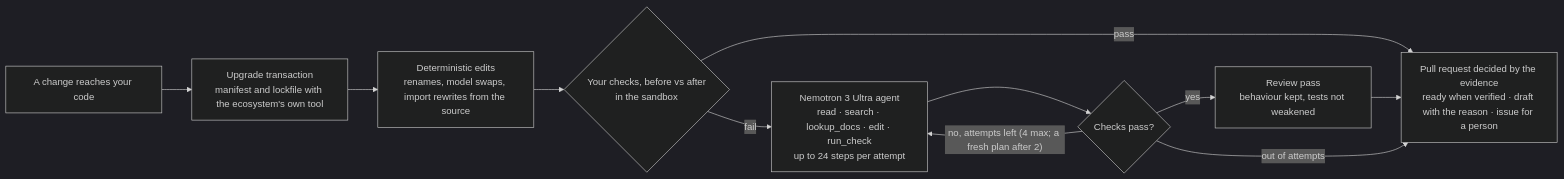
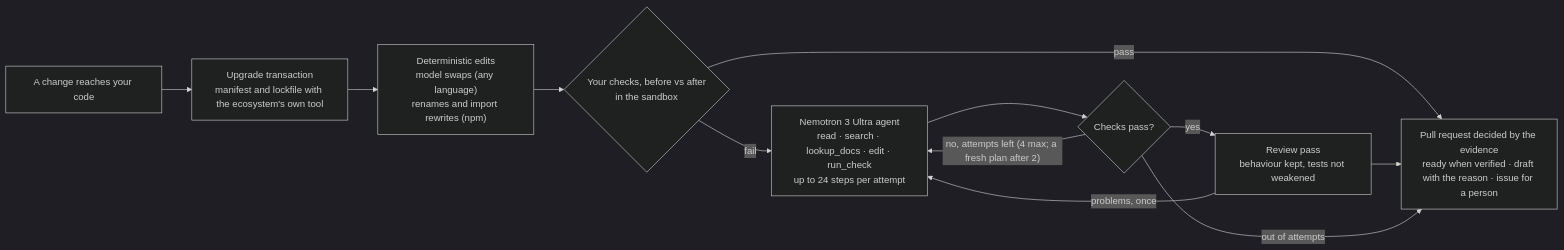
Before and after one commit to teire-dev/teire: the diagram in .github/diagrams/readme-fix-loop.mmd, drawn with Mermaid (dark theme). The commit also changed 34 other files, not shown here.

```diff
--- a/.github/diagrams/readme-fix-loop.mmd
+++ b/.github/diagrams/readme-fix-loop.mmd
@@ -1,11 +1,12 @@
 flowchart LR
   a["A change reaches your code"] --> b["Upgrade transaction<br/>manifest and lockfile with the ecosystem's own tool"]
-  b --> c["Deterministic edits<br/>renames, model swaps, import rewrites from the source"]
+  b --> c["Deterministic edits<br/>model swaps (any language)<br/>renames and import rewrites (npm)"]
   c --> v1{"Your checks, before vs after<br/>in the sandbox"}
   v1 -->|pass| pr
   v1 -->|fail| agent["Nemotron 3 Ultra agent<br/>read · search · lookup_docs · edit · run_check<br/>up to 24 steps per attempt"]
   agent --> v2{"Checks pass?"}
   v2 -->|"no, attempts left (4 max; a fresh plan after 2)"| agent
   v2 -->|yes| review["Review pass<br/>behaviour kept, tests not weakened"]
+  review -->|"problems, once"| agent
   review --> pr["Pull request decided by the evidence<br/>ready when verified · draft with the reason · issue for a person"]
   v2 -->|out of attempts| pr
```
